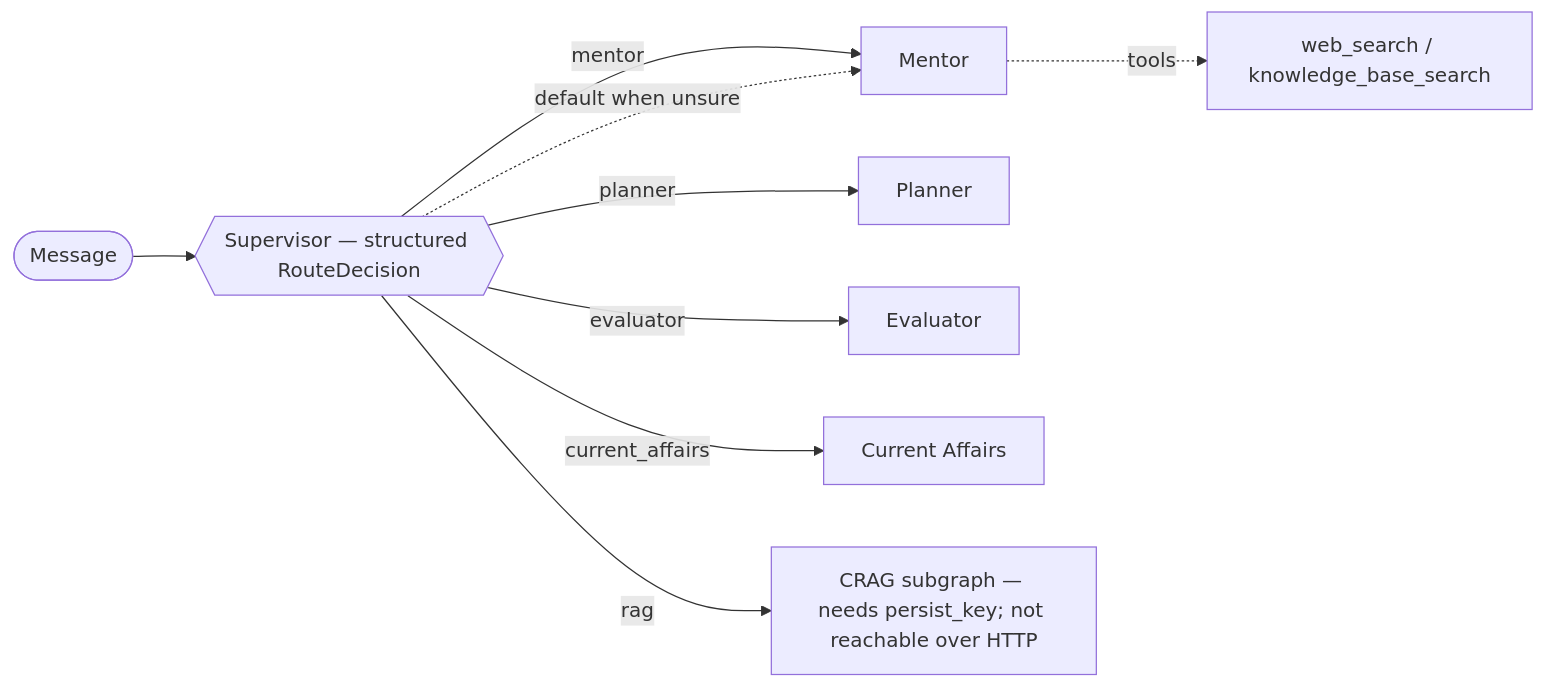
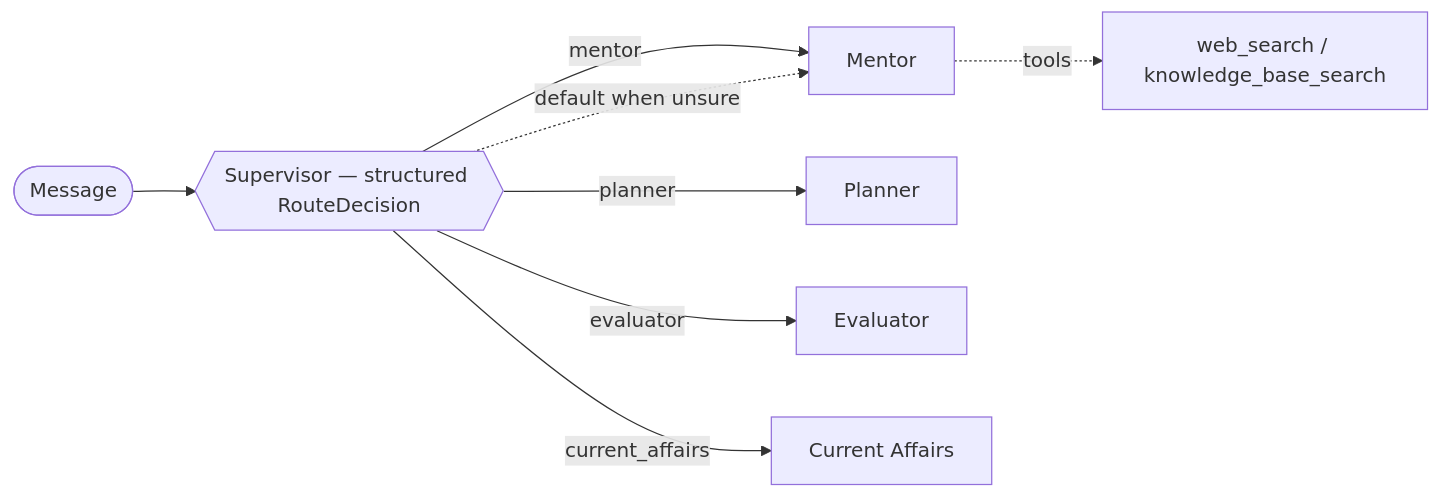
The third of 4 diagrams in README.md (Vishal-AI-ML-Dev/UPSC-AI-PRO), drawn with Mermaid before and after one commit. The commit also changed other lines of this file and 18 other files, not shown here.

````diff
--- a/README.md
+++ b/README.md
@@ -118,11 +118,10 @@
 ```mermaid
 flowchart LR
     Q([Message]) --> S{{Supervisor — structured RouteDecision}}
     S -->|mentor| M[Mentor]
     S -->|planner| P[Planner]
     S -->|evaluator| E[Evaluator]
     S -->|current_affairs| C[Current Affairs]
-    S -->|rag| R[CRAG subgraph — needs persist_key; not reachable over HTTP]
     M -.tools.-> T[web_search / knowledge_base_search]
     S -.default when unsure.-> M
 ```
````
